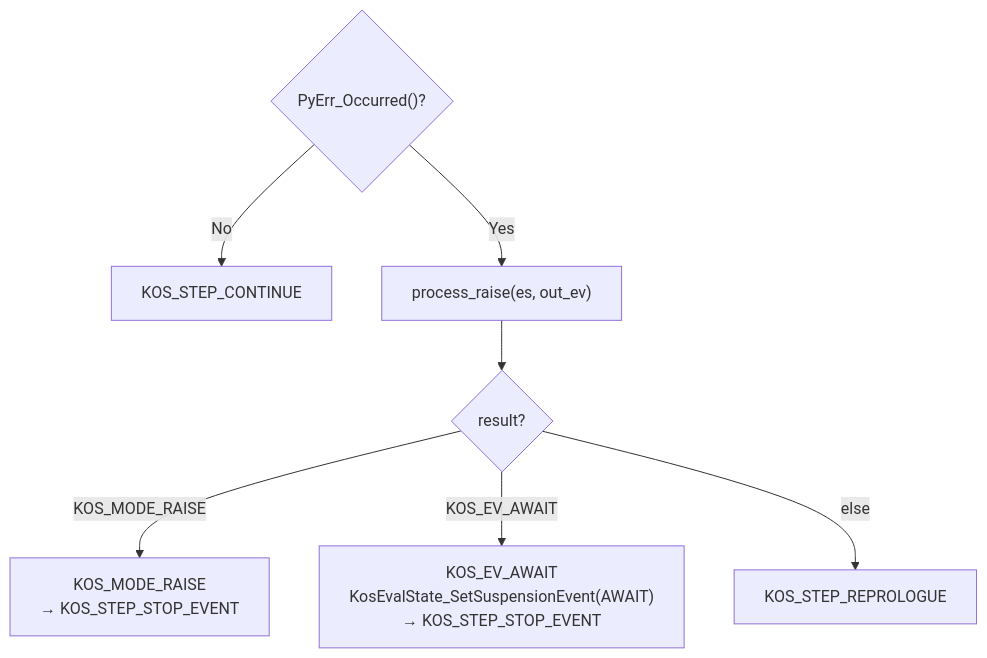
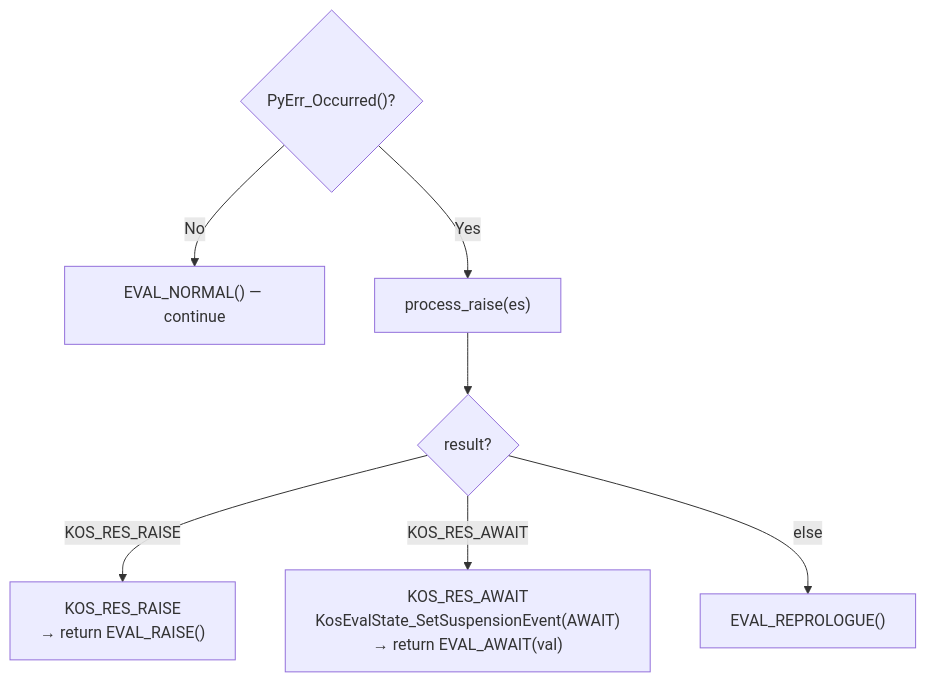
The fifth of 11 diagrams in design/EVALUATOR.md (koskari-lang/koskari), drawn with Mermaid before and after one commit. The commit also changed other lines of this file and 5 other files, not shown here.

````diff
--- a/design/EVALUATOR.md
+++ b/design/EVALUATOR.md
@@ -313,17 +315,17 @@
 ```mermaid
 flowchart TD
     pyerr{"PyErr_Occurred()?"}
-    cont["KOS_STEP_CONTINUE"]
-    process["process_raise(es, out_ev)"]
+    cont["EVAL_NORMAL() — continue"]
+    process["process_raise(es)"]
     raise_check{"result?"}
-    stop_raise["KOS_MODE_RAISE<br/>→ KOS_STEP_STOP_EVENT"]
-    stop_await["KOS_EV_AWAIT<br/>KosEvalState_SetSuspensionEvent(AWAIT)<br/>→ KOS_STEP_STOP_EVENT"]
-    repro["KOS_STEP_REPROLOGUE"]
+    stop_raise["KOS_RES_RAISE<br/>→ return EVAL_RAISE()"]
+    stop_await["KOS_RES_AWAIT<br/>KosEvalState_SetSuspensionEvent(AWAIT)<br/>→ return EVAL_AWAIT(val)"]
+    repro["EVAL_REPROLOGUE()"]
 
     pyerr -->|No| cont
     pyerr -->|Yes| process
     process --> raise_check
-    raise_check -->|KOS_MODE_RAISE| stop_raise
-    raise_check -->|KOS_EV_AWAIT| stop_await
+    raise_check -->|KOS_RES_RAISE| stop_raise
+    raise_check -->|KOS_RES_AWAIT| stop_await
     raise_check -->|else| repro
 ```
````
